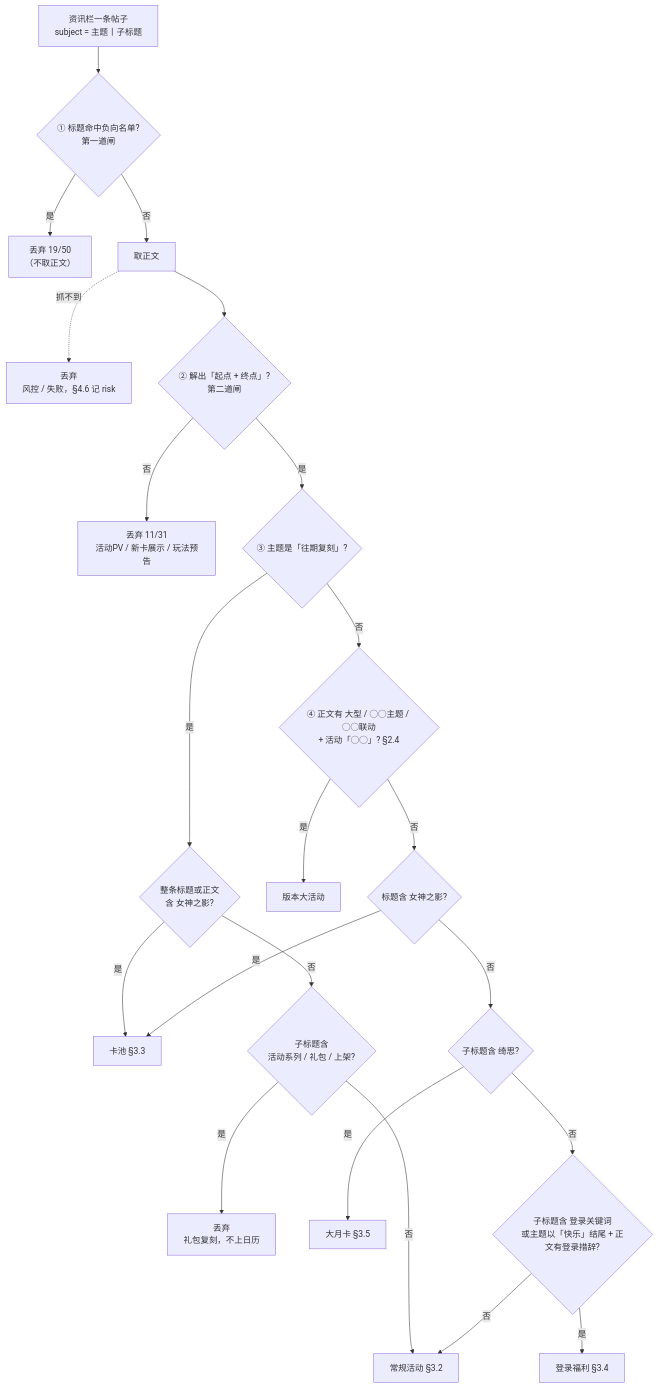
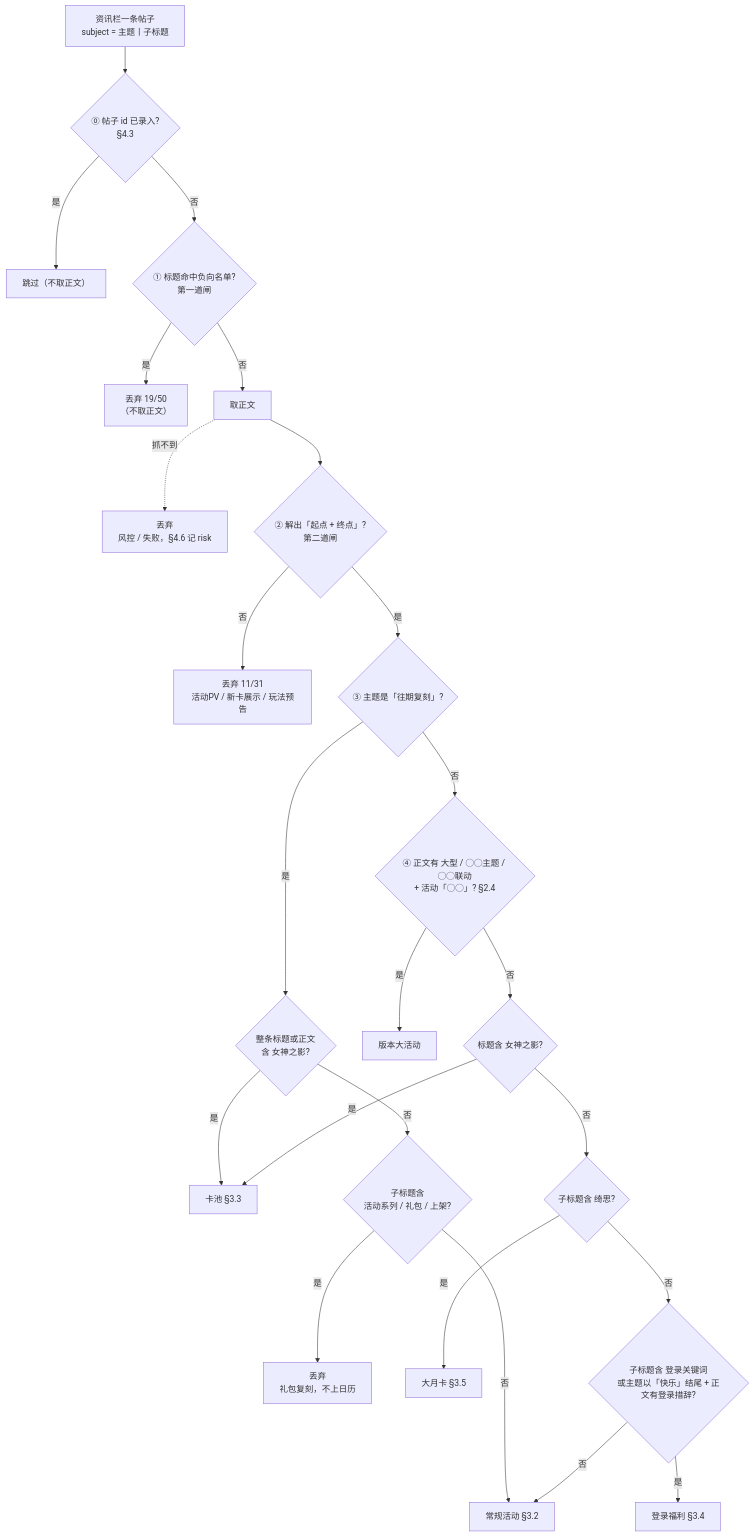
One commit to autummu2/HoyoCalendar changed the second of 7 diagrams in tools/editor/themis/RULES.md. Above: the diagram before and after it, drawn with Mermaid. The commit also changed other lines of this file and 3 other files, not shown here.

````diff
--- a/tools/editor/themis/RULES.md
+++ b/tools/editor/themis/RULES.md
@@ -129,24 +138,26 @@
 ```mermaid
 flowchart TD
-    S["资讯栏一条帖子<br/>subject = 主题丨子标题"] --> G1{"① 标题命中负向名单?<br/>第一道闸"}
+    S["资讯栏一条帖子<br/>subject = 主题丨子标题"] --> G0{"⓪ 帖子 id 已录入?<br/>§4.3"}
+    G0 -- "是" --> Z4["跳过（不取正文）"]
+    G0 -- "否" --> G1{"① 标题命中负向名单?<br/>第一道闸"}
     G1 -- "是" --> Z1["丢弃 19/50<br/>（不取正文）"]
     G1 -- "否" --> G2["取正文"]
     G2 -.->|"抓不到"| Z0["丢弃<br/>风控 / 失败，§4.6 记 risk"]
     G2 --> G3{"② 解出「起点 + 终点」?<br/>第二道闸"}
     G3 -- "否" --> Z2["丢弃 11/31<br/>活动PV / 新卡展示 / 玩法预告"]
     G3 -- "是" --> G4{"③ 主题是「往期复刻」?"}
     G4 -- "是" --> R1{"整条标题或正文<br/>含 女神之影?"}
     R1 -- "是" --> T2["卡池 §3.3"]
     R1 -- "否" --> R2{"子标题含<br/>活动系列 / 礼包 / 上架?"}
     R2 -- "是" --> Z3["丢弃<br/>礼包复刻，不上日历"]
     R2 -- "否" --> T5["常规活动 §3.2"]
     G4 -- "否" --> G5{"④ 正文有 大型 / ◯◯主题 / ◯◯联动<br/>+ 活动「◯◯」? §2.4"}
     G5 -- "是" --> T1["版本大活动"]
     G5 -- "否" --> G6{"标题含 女神之影?"}
     G6 -- "是" --> T2
     G6 -- "否" --> G7{"子标题含 绮思?"}
     G7 -- "是" --> T3["大月卡 §3.5"]
     G7 -- "否" --> G8{"子标题含 登录关键词<br/>或主题以「快乐」结尾 + 正文有登录措辞?"}
     G8 -- "是" --> T4["登录福利 §3.4"]
     G8 -- "否" --> T5
 ```
````
